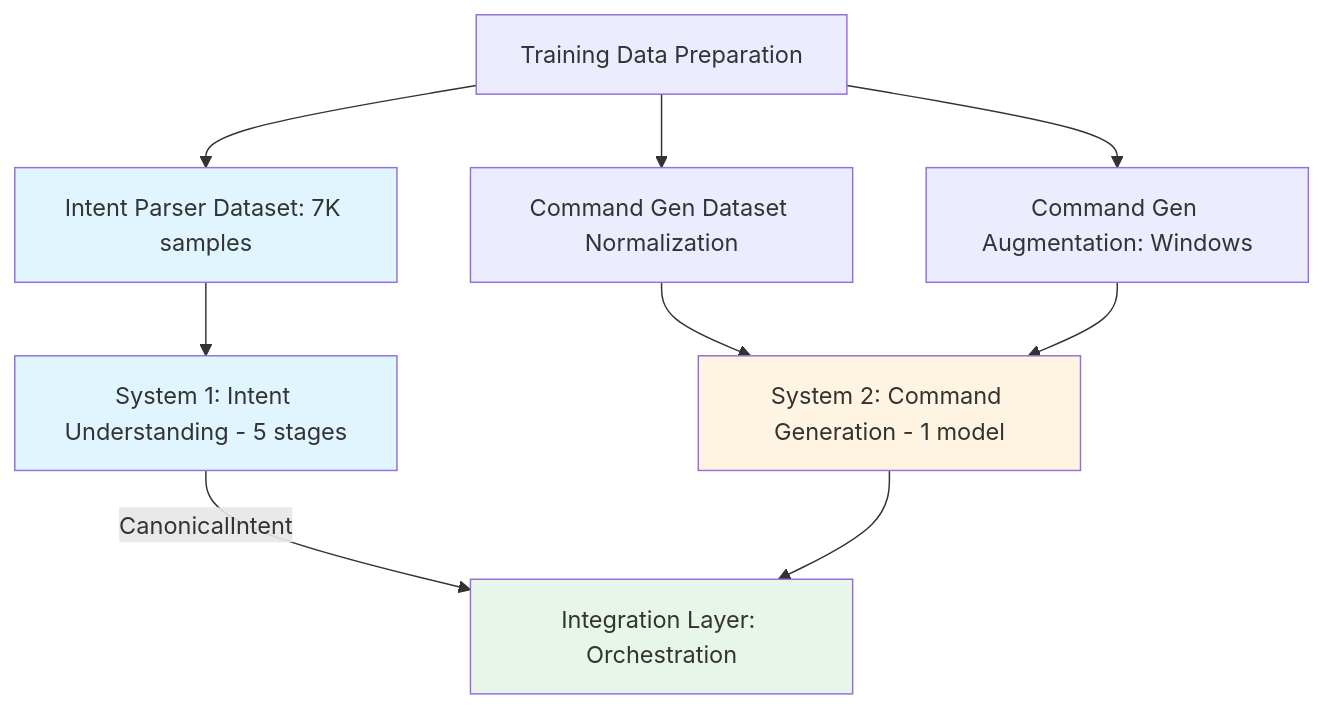
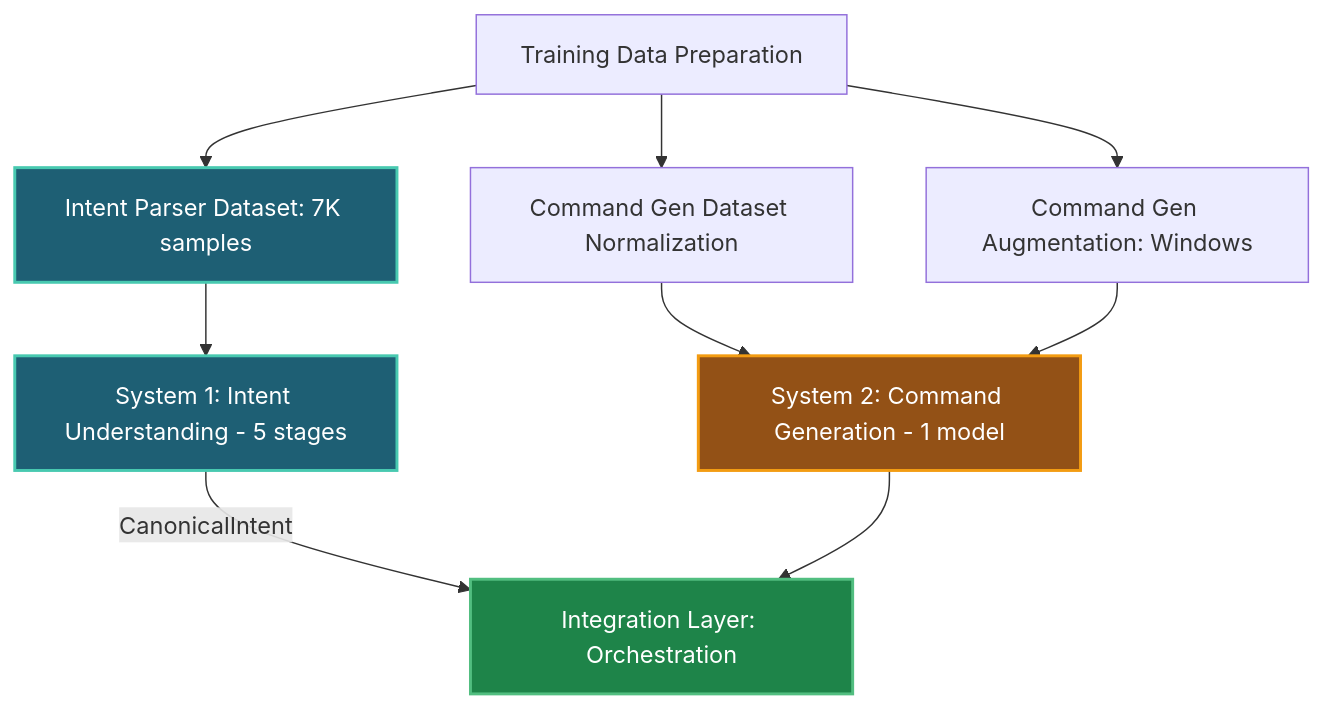
The fifth of 7 diagrams in docs/ARCHITECTURE_DIAGRAM.md (sumit-s-nair/contAIner), drawn with Mermaid before and after one commit. The commit also changed other lines of this file and 2 other files, not shown here.

Commit message:
docs: update architecture diagrams with new color scheme

````diff
--- a/docs/ARCHITECTURE_DIAGRAM.md
+++ b/docs/ARCHITECTURE_DIAGRAM.md
@@ -170,21 +170,21 @@
 ```mermaid
 flowchart TD
     TrainingData["Training Data Preparation"]
     
     TrainingData --> IntentDataset["Intent Parser Dataset: 7K samples"]
     TrainingData --> NormDataset["Command Gen Dataset Normalization"]
     TrainingData --> AugDataset["Command Gen Augmentation: Windows"]
     
     IntentDataset --> System1["System 1: Intent Understanding - 5 stages"]
     
     NormDataset --> System2["System 2: Command Generation - 1 model"]
     AugDataset --> System2
     
     System1 -->|"CanonicalIntent"| Integration["Integration Layer: Orchestration"]
     System2 --> Integration
     
-    style IntentDataset fill:#e1f5ff
-    style System1 fill:#e1f5ff
-    style System2 fill:#fff4e1
-    style Integration fill:#e8f5e9
+    style IntentDataset fill:#1e5f74,stroke:#48c9b0,stroke-width:2px,color:#fff
+    style System1 fill:#1e5f74,stroke:#48c9b0,stroke-width:2px,color:#fff
+    style System2 fill:#935116,stroke:#f39c12,stroke-width:2px,color:#fff
+    style Integration fill:#1e8449,stroke:#52be80,stroke-width:2px,color:#fff
 ```
````
